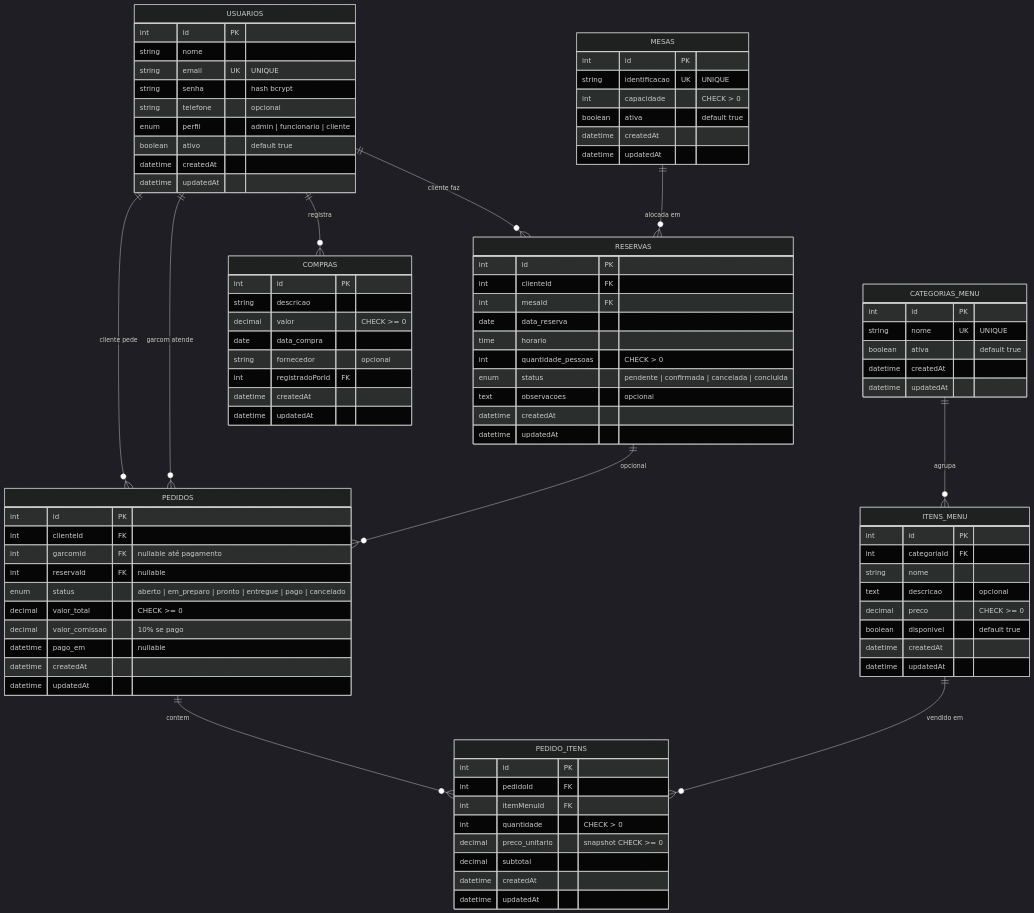
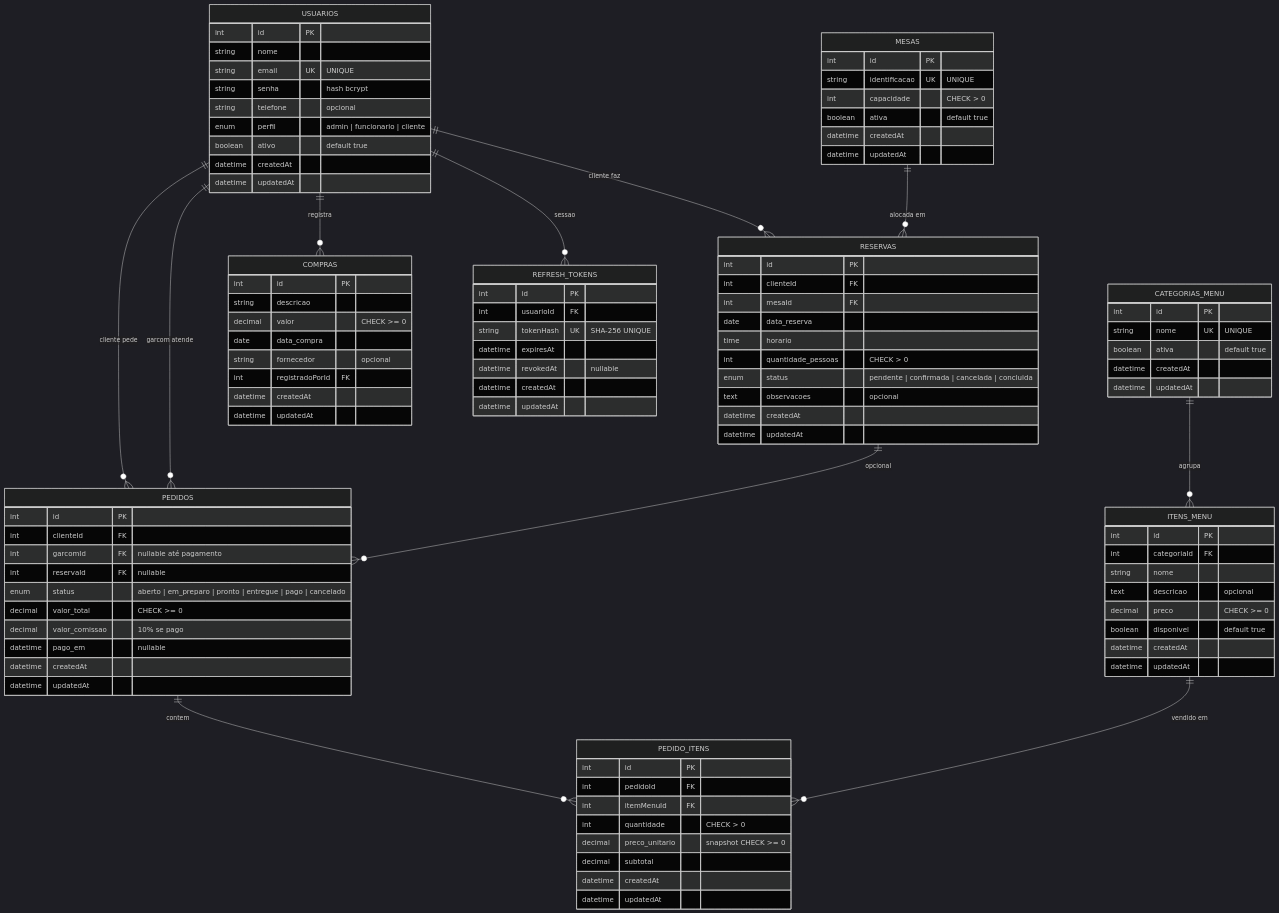
One commit to pauloviapiana/get-order changed the diagram in docs/DER.md. Above: the diagram before and after it, drawn with Mermaid (dark theme). The commit also changed other lines of this file and 20 other files, not shown here.

Commit message:
docs: consolidar documentação acadêmica em quatro arquivosRemove diários de fase e fontes duplicadas (RBAC, modelo, evidências).Atualiza README e Postman para os artefatos finais alinhados ao código(9 tabelas, refresh token, React Router e PWA).

````diff
--- a/docs/DER.md
+++ b/docs/DER.md
@@ -142,6 +135,16 @@
     datetime updatedAt
   }
 
+  REFRESH_TOKENS {
+    int id PK
+    int usuarioId FK
+    string tokenHash UK "SHA-256 UNIQUE"
+    datetime expiresAt
+    datetime revokedAt "nullable"
+    datetime createdAt
+    datetime updatedAt
+  }
+
   USUARIOS ||--o{ RESERVAS : "cliente faz"
   MESAS ||--o{ RESERVAS : "alocada em"
   USUARIOS ||--o{ PEDIDOS : "cliente pede"
@@ -151,4 +154,5 @@
   PEDIDOS ||--o{ PEDIDO_ITENS : "contem"
   ITENS_MENU ||--o{ PEDIDO_ITENS : "vendido em"
   USUARIOS ||--o{ COMPRAS : "registra"
+  USUARIOS ||--o{ REFRESH_TOKENS : "sessao"
 ```
````
